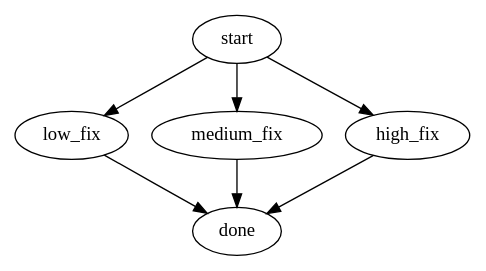
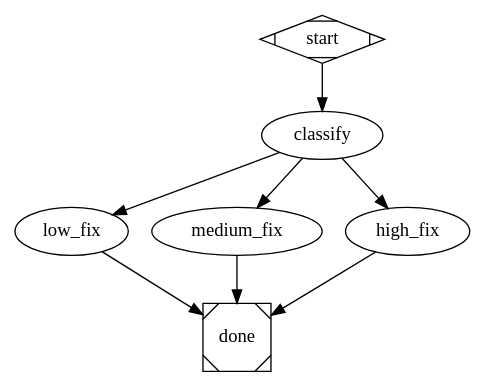
One commit to jawhnycooke/attractor changed the third of 19 diagrams in docs/how-to/common-tasks.md. Above: the diagram before and after it, drawn with Graphviz. The commit also changed other lines of this file and 5 other files, not shown here.

````diff
--- a/docs/how-to/common-tasks.md
+++ b/docs/how-to/common-tasks.md
@@ -182,20 +213,25 @@
 ```dot
 digraph classify {
-    start [handler="codergen"
-           prompt="Classify the bug severity. Set context key 'severity' to 'low', 'medium', or 'high'."
-           start=true]
+    start [shape=Mdiamond]
 
-    low_fix    [handler="codergen" prompt="Apply a quick patch for low severity."]
-    medium_fix [handler="codergen" prompt="File a ticket and apply a workaround."]
-    high_fix   [handler="codergen" prompt="Page the on-call team and hotfix immediately."]
-    done       [terminal=true]
+    classify [
+        type="codergen"
+        prompt="Classify the bug severity. Set context key 'severity' to 'low', 'medium', or 'high'."
+    ]
 
-    start -> low_fix    [condition="severity == \"low\""    priority=0]
-    start -> medium_fix [condition="severity == \"medium\"" priority=1]
-    start -> high_fix   [condition="severity == \"high\""   priority=2]
+    low_fix    [type="codergen" prompt="Apply a quick patch for a low-severity bug."]
+    medium_fix [type="codergen" prompt="Document and apply a workaround for a medium-severity bug."]
+    high_fix   [type="codergen" prompt="Escalate and hotfix the high-severity bug immediately."]
+    done       [shape=Msquare]
+
+    start -> classify
+
+    classify -> high_fix   [condition="severity = \"high\""   weight=3]
+    classify -> medium_fix [condition="severity = \"medium\"" weight=2]
+    classify -> low_fix    [condition="severity = \"low\""    weight=1]
 
     low_fix    -> done
     medium_fix -> done
     high_fix   -> done
 }
 ```
````
